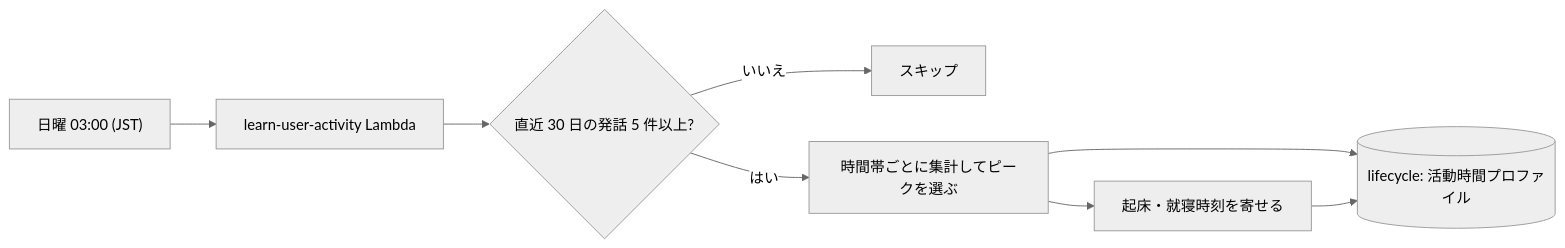
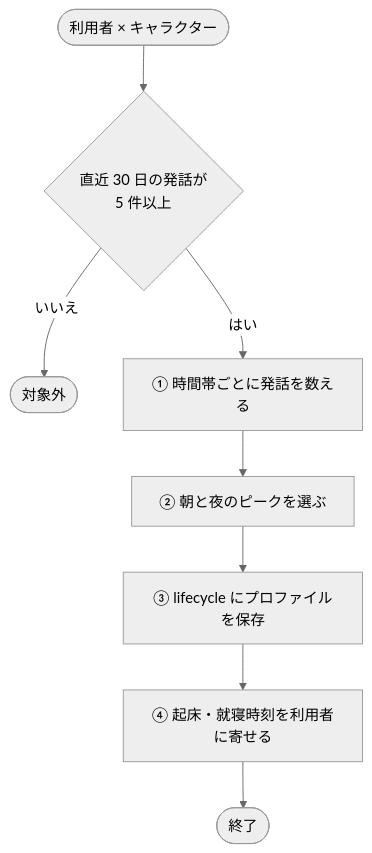
Before and after one commit to nagiyu/nagiyu-platform: the first of 2 diagrams in docs/specs/livetalk/batch/learn-user-activity.md, drawn with Mermaid (neutral theme). The commit also changed other lines of this file and 6 other files, not shown here.

First line of the commit message:
仕様カードの処理をフロー図にし、末尾の図をつながりに変える

````diff
--- a/docs/specs/livetalk/batch/learn-user-activity.md
+++ b/docs/specs/livetalk/batch/learn-user-activity.md
@@ -72,10 +43,10 @@
 ```mermaid
-flowchart LR
-    EB["日曜 03:00 (JST)"] --> L["learn-user-activity Lambda"]
-    L --> U{"直近 30 日の発話 5 件以上?"}
-    U -->|"いいえ"| S["スキップ"]
-    U -->|"はい"| H["時間帯ごとに集計してピークを選ぶ"]
-    H --> P[("lifecycle: 活動時間プロファイル")]
-    H --> A["起床・就寝時刻を寄せる"]
-    A --> P
+flowchart TD
+    S([利用者 × キャラクター]) --> A{直近 30 日の発話が<br/>5 件以上}
+    A -->|いいえ| X([対象外])
+    A -->|はい| H[① 時間帯ごとに発話を数える]
+    H --> P[② 朝と夜のピークを選ぶ]
+    P --> L[③ lifecycle にプロファイルを保存]
+    L --> W[④ 起床・就寝時刻を利用者に寄せる]
+    W --> E([終了])
 ```
````
